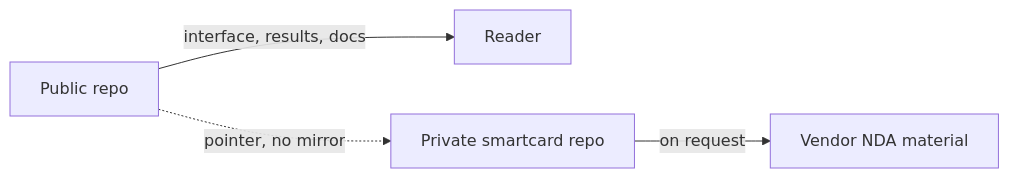
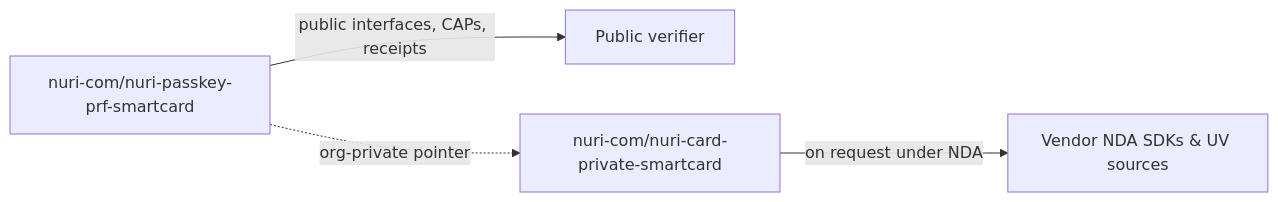
One commit to nuri-com/nuri-passkey-prf-smartcard changed the diagram in docs/private-access.md. Above: the diagram before and after it, drawn with Mermaid. The commit also changed other lines of this file and 28 other files, not shown here.

First line of the commit message:
feat(sc): implement NURI-SC v1 Java Card + Python tunnel and live card proof (#59)

````diff
--- a/docs/private-access.md
+++ b/docs/private-access.md
@@ -3,6 +3,6 @@
 ```mermaid
 flowchart LR
-  P[Public repo] -->|interface, results, docs| U[Reader]
-  P -.->|pointer, no mirror| V[Private smartcard repo]
-  V -->|on request| T[Vendor NDA material]
+  P[nuri-com/nuri-passkey-prf-smartcard] -->|public interfaces, CAPs, receipts| U[Public verifier]
+  P -.->|org-private pointer| V[nuri-com/nuri-card-private-smartcard]
+  V -->|on request under NDA| T[Vendor NDA SDKs & UV sources]
 ```
````
